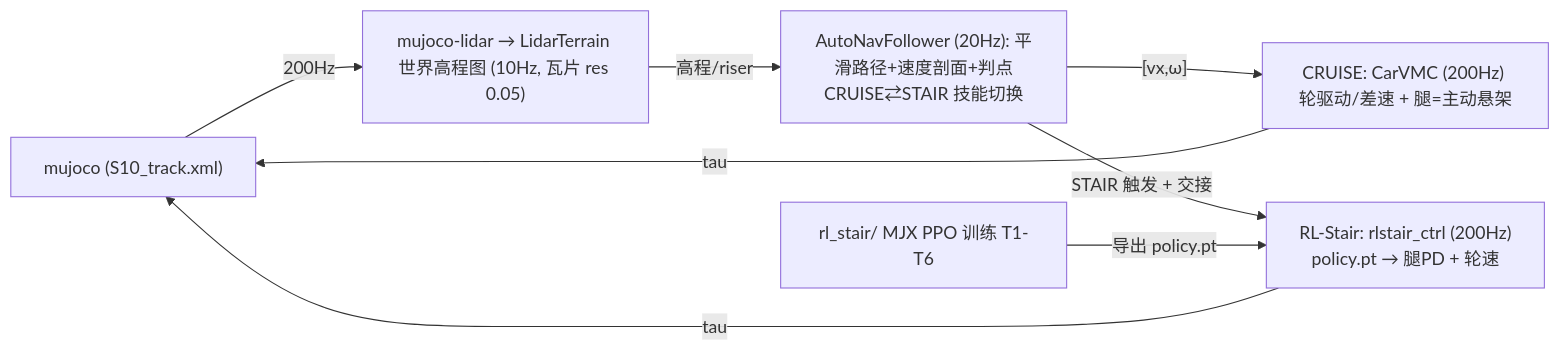
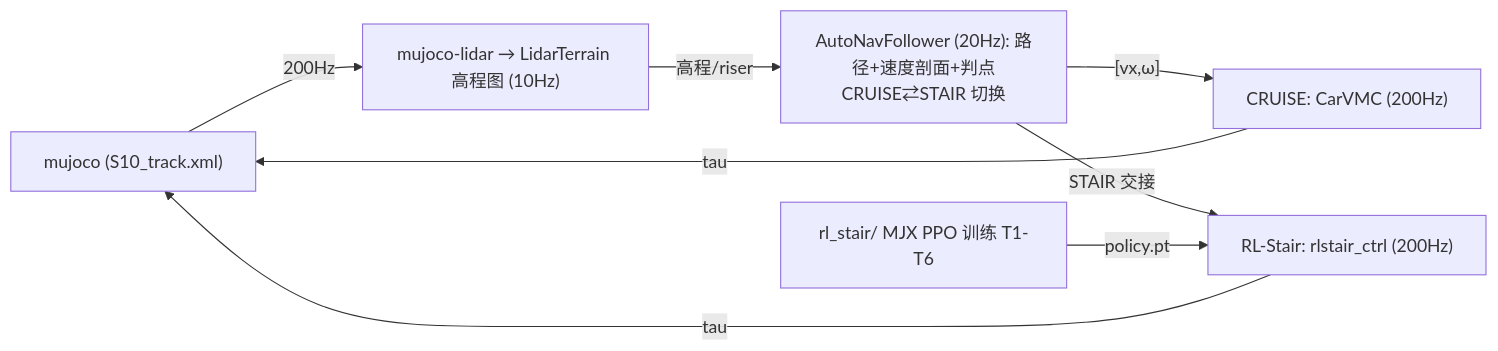
One commit to wangfanxin/deeprobot_competition changed the diagram in README.md. Above: the diagram before and after it, drawn with Mermaid. The commit also changed other lines of this file and 6 other files, not shown here.

First line of the commit message:
docs: keep only final v890-cruise + RL-stair docs; archive interim docs; slim README

````diff
--- a/README.md
+++ b/README.md
@@ -25,10 +20,10 @@
 ```mermaid
 graph LR
-    S["mujoco (S10_track.xml)"] -->|"200Hz"| P["mujoco-lidar → LidarTerrain 世界高程图 (10Hz, 瓦片 res 0.05)"]
-    P -->|"高程/riser"| N["AutoNavFollower (20Hz): 平滑路径+速度剖面+判点<br/>CRUISE⇄STAIR 技能切换"]
-    N -->|"[vx,ω]"| C["CRUISE: CarVMC (200Hz) 轮驱动/差速 + 腿=主动悬架"]
-    N -->|"STAIR 触发 + 交接"| R["RL-Stair: rlstair_ctrl (200Hz)<br/>policy.pt → 腿PD + 轮速"]
-    T["rl_stair/ MJX PPO 训练 T1-T6"] -->|"导出 policy.pt"| R
+    S["mujoco (S10_track.xml)"] -->|"200Hz"| P["mujoco-lidar → LidarTerrain 高程图 (10Hz)"]
+    P -->|"高程/riser"| N["AutoNavFollower (20Hz): 路径+速度剖面+判点<br/>CRUISE⇄STAIR 切换"]
+    N -->|"[vx,ω]"| C["CRUISE: CarVMC (200Hz)"]
+    N -->|"STAIR 交接"| R["RL-Stair: rlstair_ctrl (200Hz)"]
+    T["rl_stair/ MJX PPO 训练 T1-T6"] -->|"policy.pt"| R
     C -->|"tau"| S
     R -->|"tau"| S
 ```
````
